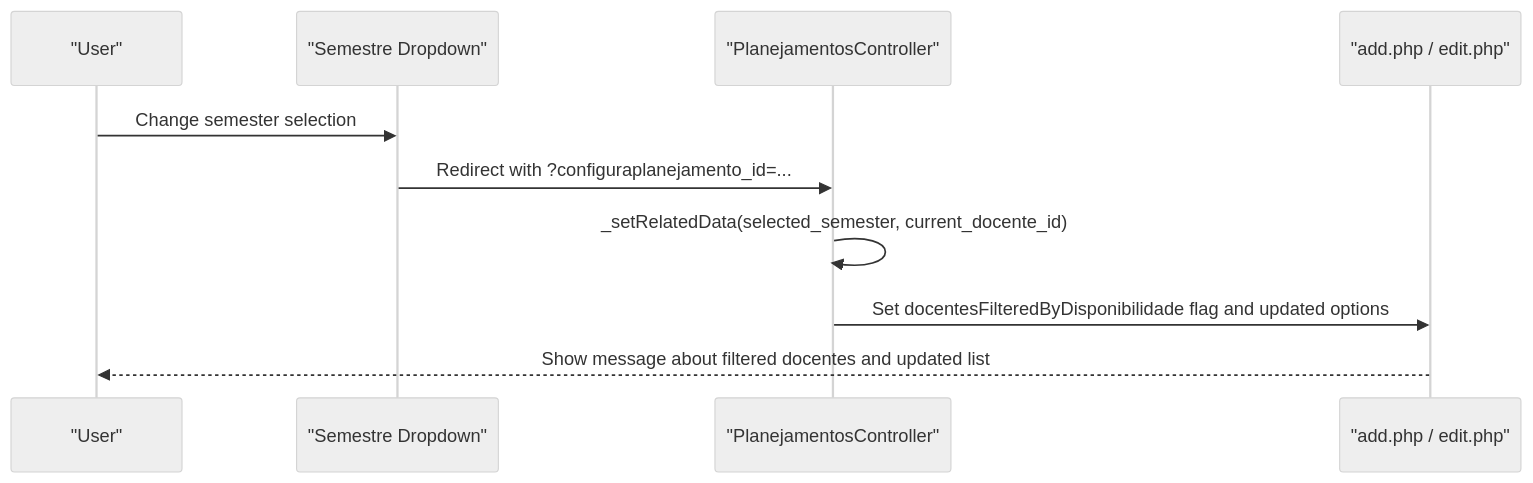
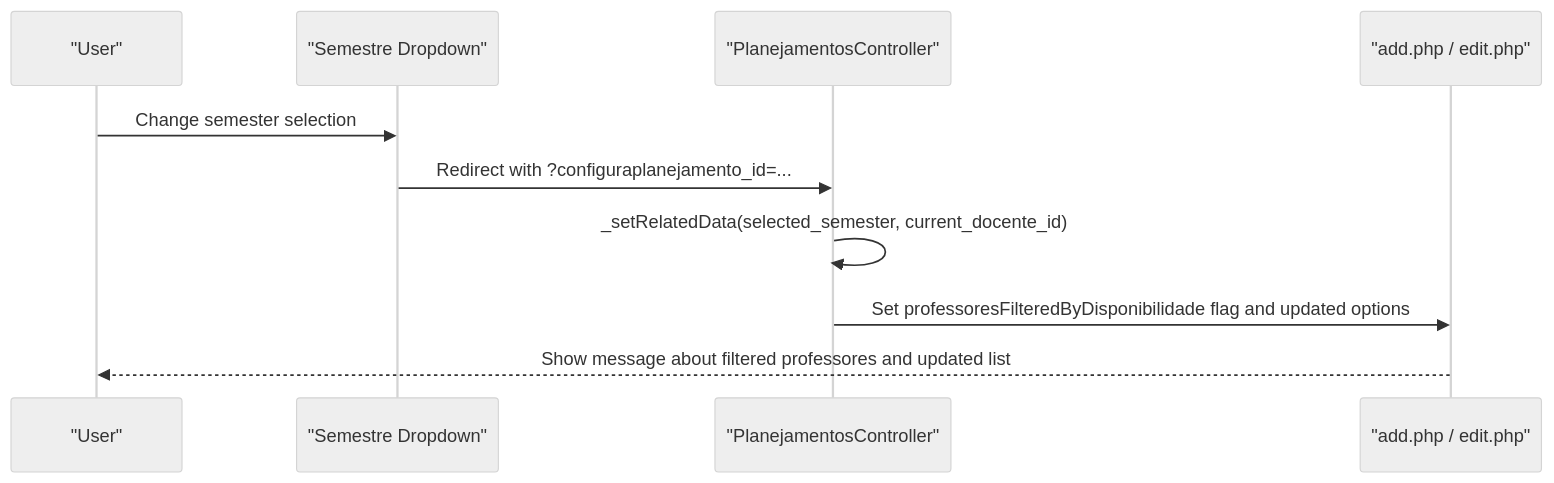
The fourth of 6 diagrams in .qoder/repowiki/en/content/Project Overview/Core Features Overview/Academic Planning Management/Related Data Management.md (luiseduacosta/planejamento5), drawn with Mermaid (neutral theme) before and after one commit. The commit also changed other lines of this file and 37 other files, not shown here.

Commit message:
repowiki: rename Docentes → Professores in metadata

````diff
--- a/.qoder/repowiki/en/content/Project Overview/Core Features Overview/Academic Planning Management/Related Data Management.md
+++ b/.qoder/repowiki/en/content/Project Overview/Core Features Overview/Academic Planning Management/Related Data Management.md
@@ -213,12 +213,12 @@
 ```mermaid
 sequenceDiagram
 participant User as "User"
 participant Form as "Semestre Dropdown"
 participant Controller as "PlanejamentosController"
 participant View as "add.php / edit.php"
 User->>Form : Change semester selection
 Form->>Controller : Redirect with ?configuraplanejamento_id=...
 Controller->>Controller : _setRelatedData(selected_semester, current_docente_id)
-Controller->>View : Set docentesFilteredByDisponibilidade flag and updated options
-View-->>User : Show message about filtered docentes and updated list
+Controller->>View : Set professoresFilteredByDisponibilidade flag and updated options
+View-->>User : Show message about filtered professores and updated list
 ```
````
